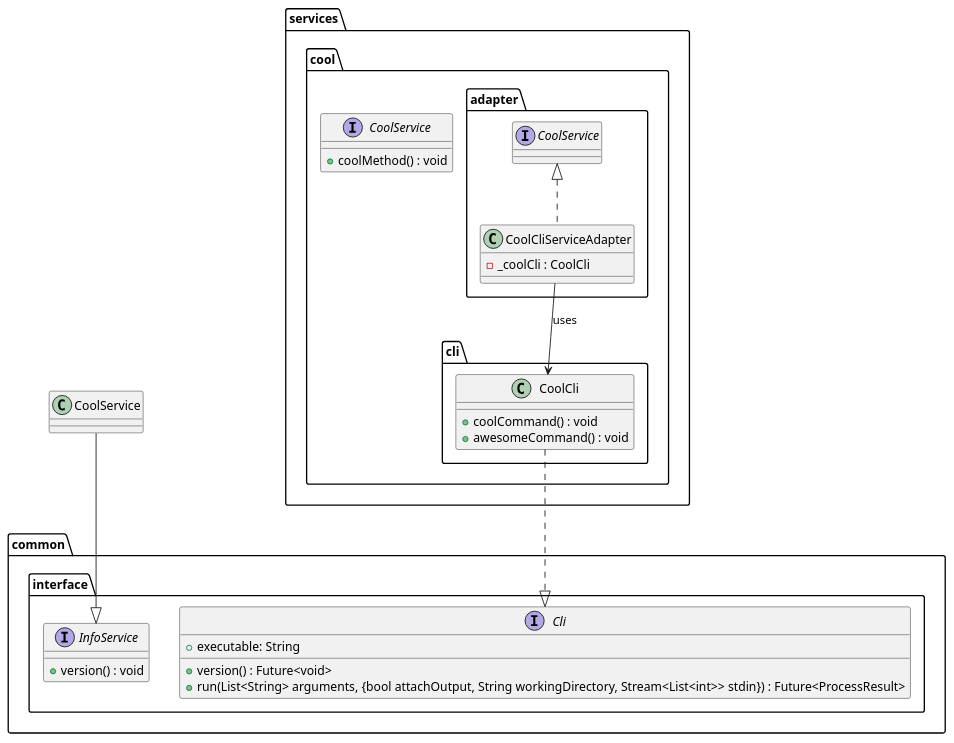
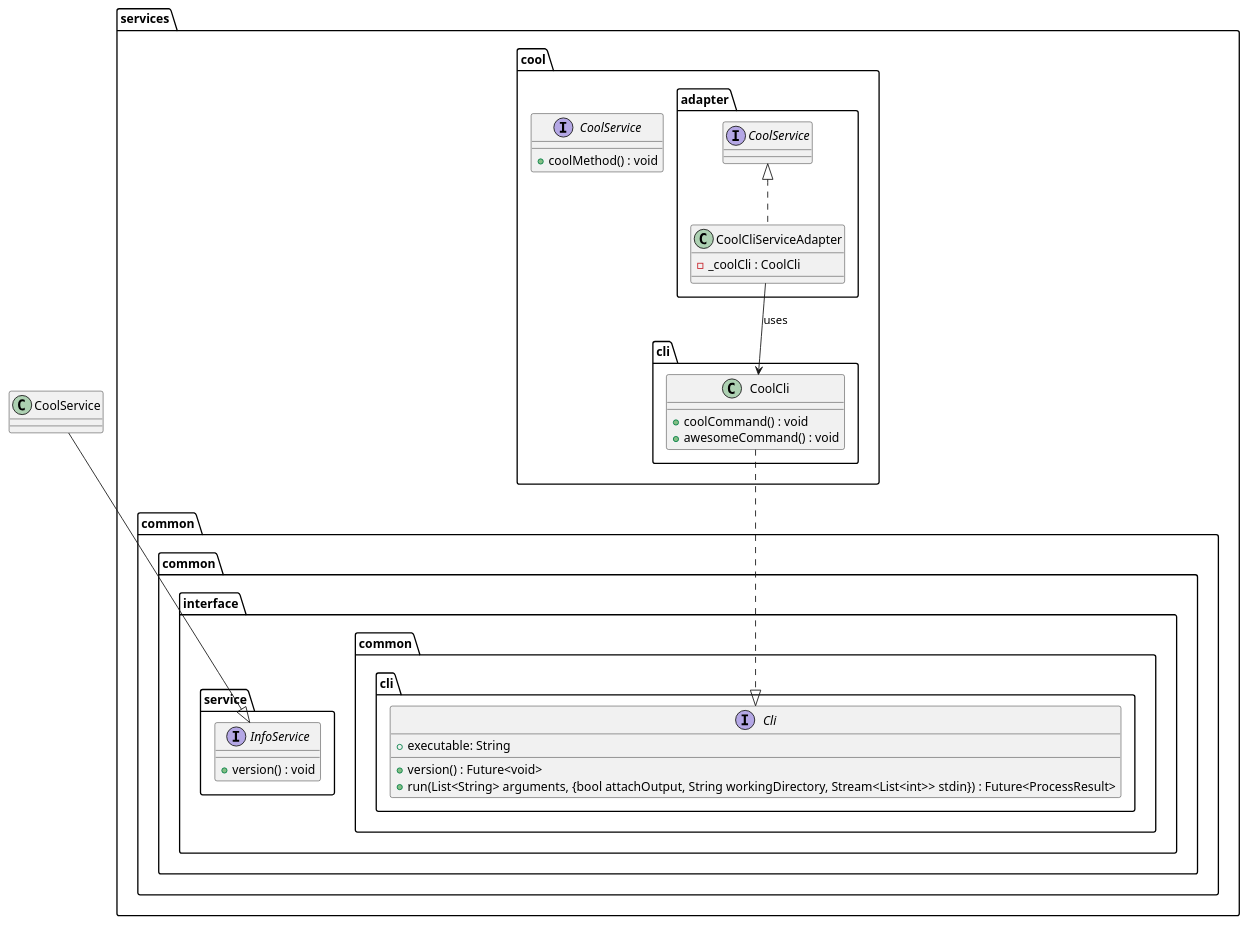
Before and after one commit to Flank/flank-dashboard: the diagram in metrics/cli/docs/diagrams/cli_interfaces_class_diagram.puml, drawn with PlantUML. The commit also changed 7 other files, not shown here.

```diff
--- a/metrics/cli/docs/diagrams/cli_interfaces_class_diagram.puml
+++ b/metrics/cli/docs/diagrams/cli_interfaces_class_diagram.puml
@@ -1,44 +1,48 @@
 @startuml cli_interfaces_class_diagram
 
 package services {
     package cool as services.cool {
         interface CoolService{
             + coolMethod() : void
         }
 
         package adapter {
             class CoolCliServiceAdapter implements CoolService {
                 - _coolCli : CoolCli
             }
        }
 
         package cli {
             class CoolCli {
                 + coolCommand() : void
                 + awesomeCommand() : void
             }
         }
     }
-}
 
+    package common {
+        package interface as common.interface {
+            package cli as common.cli {
+                interface Cli {
+                    + executable: String
+                    + version() : Future<void>
+                    + run(List<String> arguments, {bool attachOutput, String workingDirectory, Stream<List<int>> stdin}) : Future<ProcessResult>
+                }
+            }
 
-package common {
-    package interface as common.interface {
-        interface Cli {
-            + executable: String
-            + version() : Future<void>
-            + run(List<String> arguments, {bool attachOutput, String workingDirectory, Stream<List<int>> stdin}) : Future<ProcessResult>
-        }
-
-        interface InfoService {
-            + version() : void
+            package service {
+                interface InfoService {
+                    + version() : void
+                }
+            }
         }
     }
+
 }
 
 CoolCliServiceAdapter -down-> CoolCli : uses
 
 CoolService --|> InfoService
 CoolCli ..|> Cli
 
 @enduml
```
